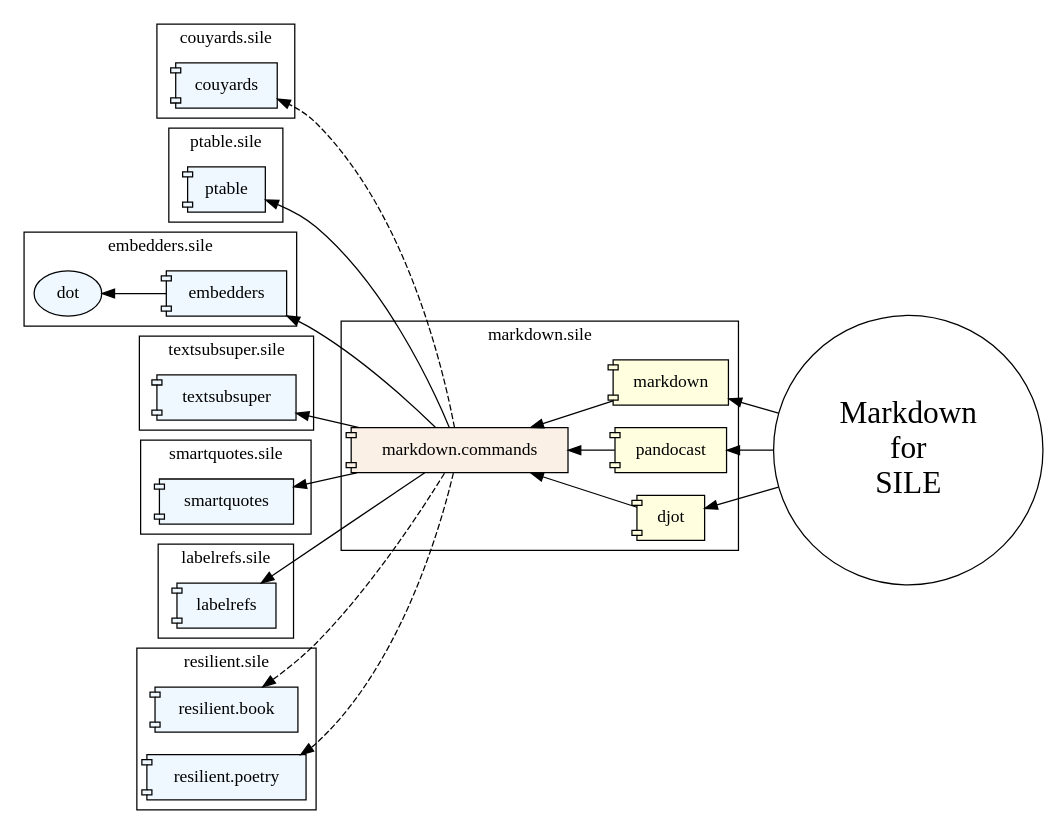
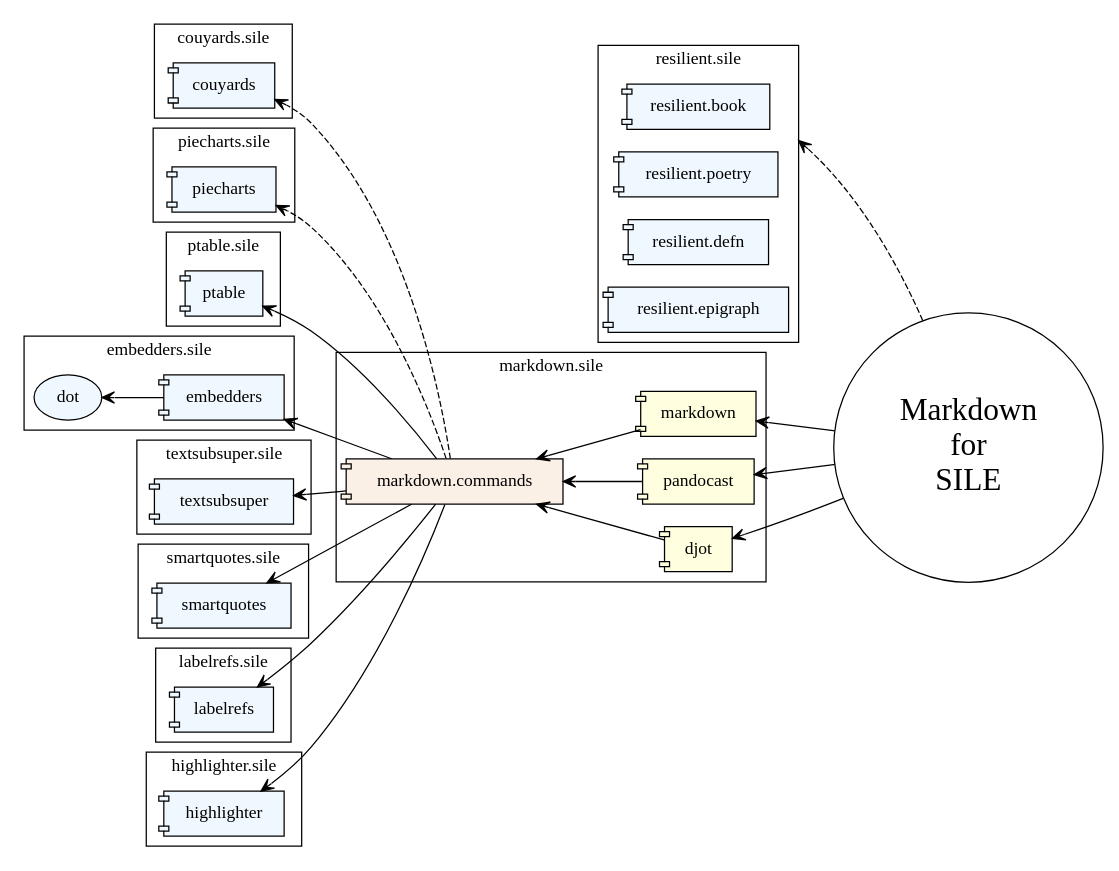
The diagram in examples/markdown-sile-schema.dot (Omikhleia/markdown.sile), drawn with Graphviz before and after one commit. The commit also changed 7 other files, not shown here.

```diff
--- a/examples/markdown-sile-schema.dot
+++ b/examples/markdown-sile-schema.dot
@@ -1,78 +1,97 @@
 digraph omikhleia {
-	rankdir=RL;
+  rankdir=RL;
+  compound=true;
+  edge [
+    arrowhead="vee"
+  ];
 
   subgraph cluster_couyards {
     label = "couyards.sile";
 
     couyards [shape=component,style=filled,fillcolor=aliceblue]
+  }
+
+  subgraph cluster_piecharts {
+    label = "piecharts.sile";
+
+    piecharts [shape=component,style=filled,fillcolor=aliceblue]
   }
 
   subgraph cluster_ptable {
     label = "ptable.sile";
 
     ptable [shape=component,style=filled,fillcolor=aliceblue]
   }
 
   subgraph cluster_embedders {
     label = "embedders.sile";
 
     embedders [shape=component,style=filled,fillcolor=aliceblue]
     dot [style=filled,fillcolor=aliceblue]
-      
+
     embedders -> dot
-  }  
+  }
 
   subgraph cluster_textsubsuper {
     label = "textsubsuper.sile";
 
     textsubsuper [shape=component,style=filled,fillcolor=aliceblue]
   }
 
   subgraph cluster_smartquotes {
     label = "smartquotes.sile";
 
     smartquotes [shape=component,style=filled,fillcolor=aliceblue]
 
   }
-  
+
   subgraph cluster_labelrefs {
     label = "labelrefs.sile";
 
     labelrefs [shape=component,style=filled,fillcolor=aliceblue]
+  }
+
+  subgraph cluster_highlighter {
+    label = "highlighter.sile";
+
+    highlighter [shape=component,style=filled,fillcolor=aliceblue]
   }
 
   subgraph cluster_resilient {
     label = "resilient.sile";
 
     book [shape=component,style=filled,fillcolor=aliceblue,label="resilient.book"]
     poetry [shape=component,style=filled,fillcolor=aliceblue,label="resilient.poetry"]
+    defn [shape=component,style=filled,fillcolor=aliceblue,label="resilient.defn"]
+    epigraph [shape=component,style=filled,fillcolor=aliceblue,label="resilient.epigraph"]
   }
 
   subgraph cluster_markdown {
     label = "markdown.sile";
 
     markdown [shape=component,style=filled,fillcolor=lightyellow]
     pandocast [shape=component,style=filled,fillcolor=lightyellow]
     djot [shape=component,style=filled,fillcolor=lightyellow]
 
     mrkcmd [shape=component,label="markdown.commands",style=filled,fillcolor=linen]
 
     markdown -> mrkcmd
     pandocast -> mrkcmd
     djot -> mrkcmd
 
     mrkcmd -> embedders
     mrkcmd -> labelrefs
     mrkcmd -> ptable
     mrkcmd -> smartquotes
     mrkcmd -> textsubsuper
-    mrkcmd -> poetry [style=dashed]
-    mrkcmd -> book [style=dashed]
+    mrkcmd -> highlighter
     mrkcmd -> couyards [style=dashed]
+    mrkcmd -> piecharts [style=dashed]
   }
-  
+
   mybook [shape = circle, label="Markdown\nfor\nSILE", fontsize="25"]
   mybook -> markdown
   mybook -> pandocast
   mybook -> djot
+  mybook -> book [style=dashed, lhead=cluster_resilient]
 }
```
